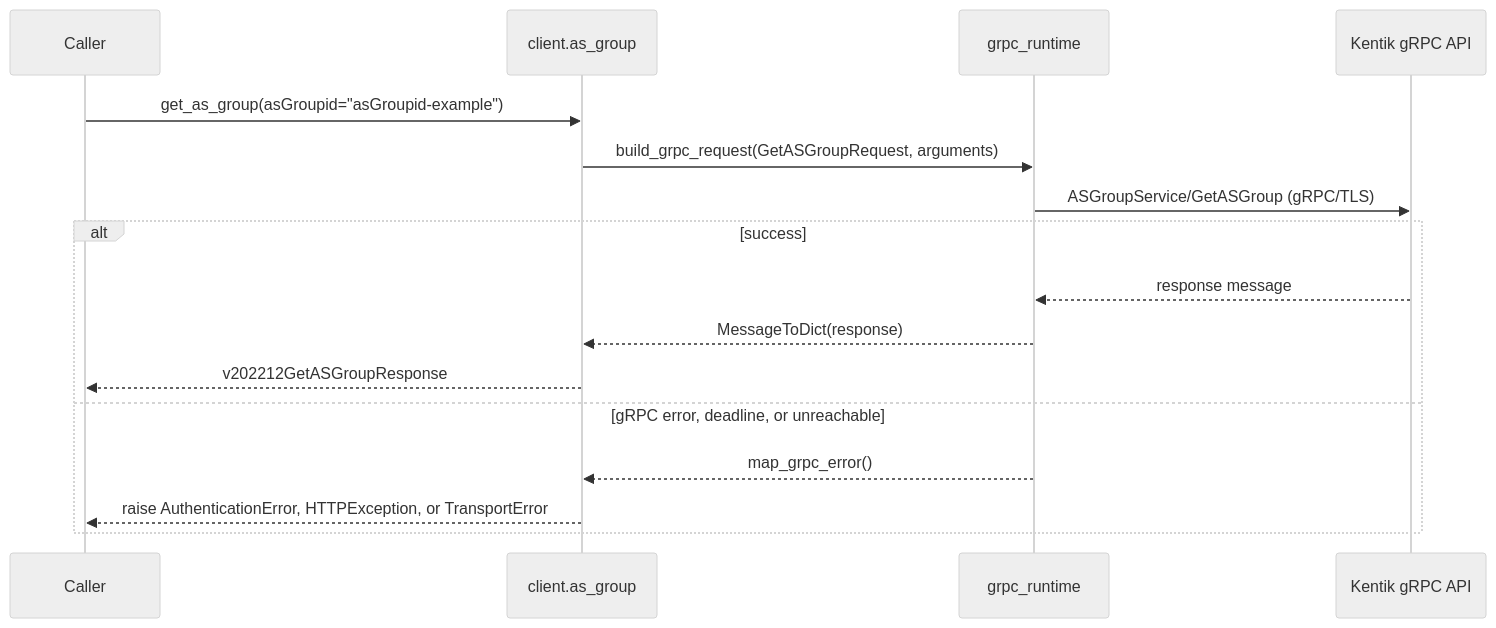
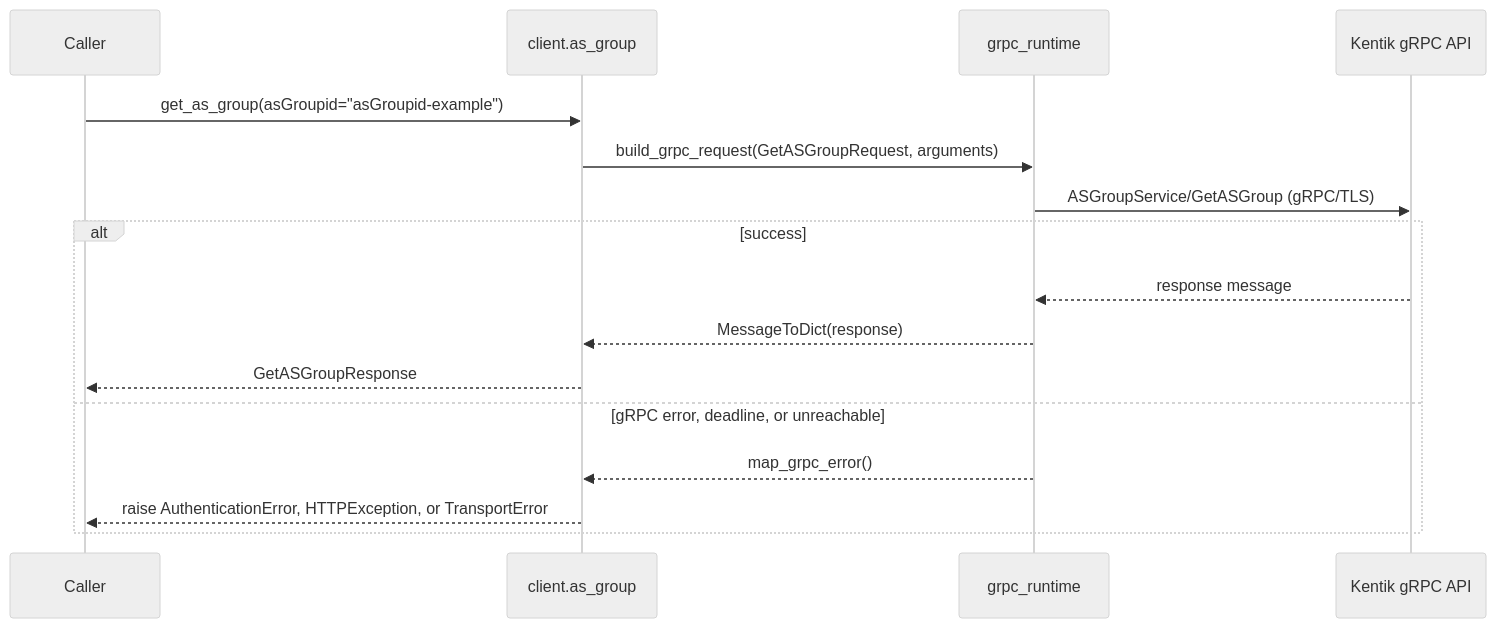
One commit to alexdearaujo/community_sdk_python changed the seventh of 12 diagrams in docs/sphinx/services/as_group.md. Above: the diagram before and after it, drawn with Mermaid (neutral theme). The commit also changed other lines of this file and 38 other files, not shown here.

````diff
--- a/docs/sphinx/services/as_group.md
+++ b/docs/sphinx/services/as_group.md
@@ -203,19 +203,19 @@
 ```mermaid
 sequenceDiagram
     participant C as Caller
     participant W as client.as_group
     participant R as grpc_runtime
     participant API as Kentik gRPC API
 
     C->>W: get_as_group(asGroupid="asGroupid-example")
     W->>R: build_grpc_request(GetASGroupRequest, arguments)
     R->>API: ASGroupService/GetASGroup (gRPC/TLS)
     alt success
         API-->>R: response message
         R-->>W: MessageToDict(response)
-        W-->>C: v202212GetASGroupResponse
+        W-->>C: GetASGroupResponse
     else gRPC error, deadline, or unreachable
         R-->>W: map_grpc_error()
         W-->>C: raise AuthenticationError, HTTPException, or TransportError
     end
 ```
````
